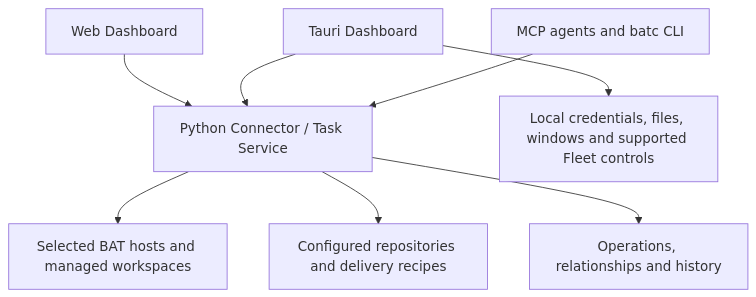
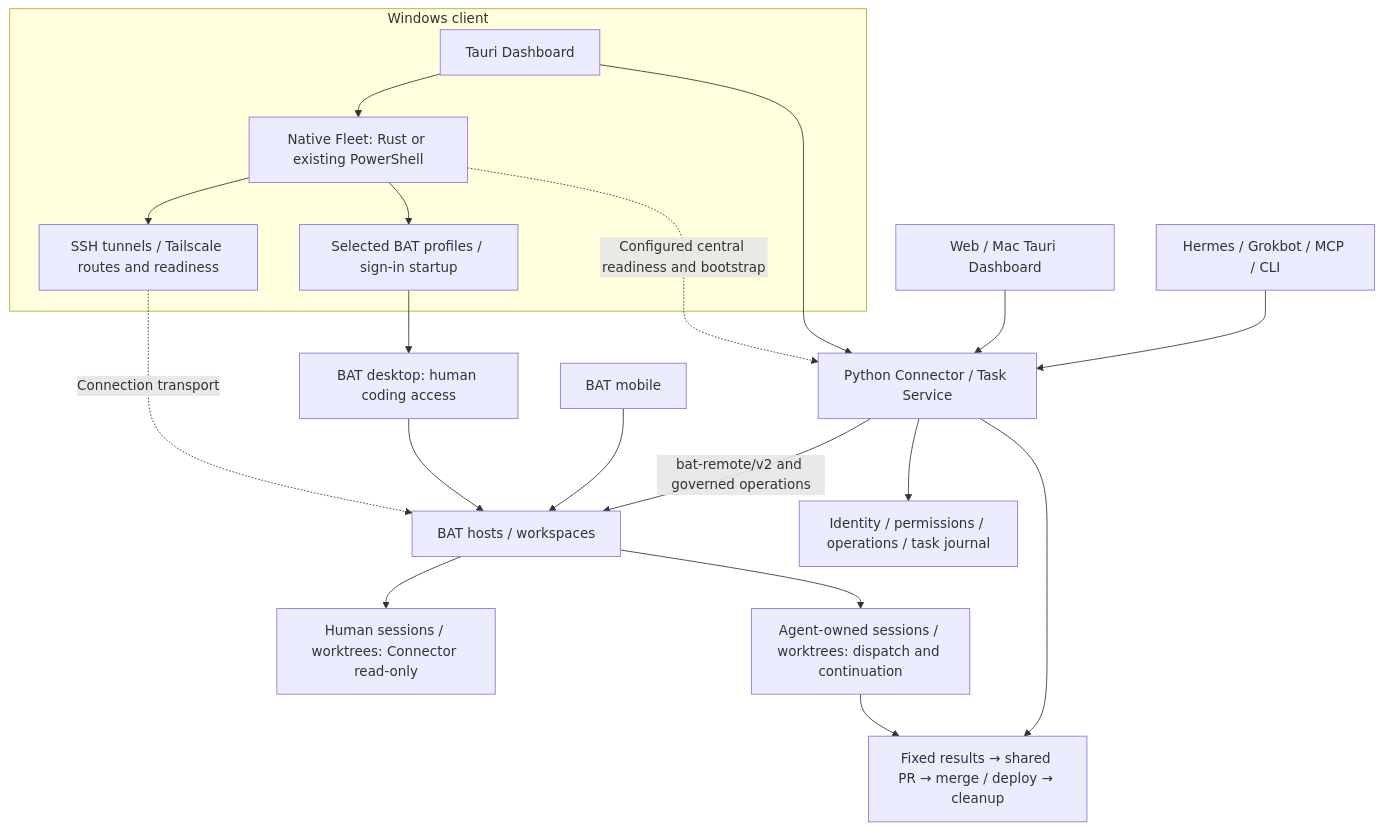
The diagram in README.md (teddashh/bat-agent-connector), drawn with Mermaid before and after one commit. The commit also changed other lines of this file and 11 other files, not shown here.

First line of the commit message:
Restore Windows Fleet and BAT architecture in README and website (#78)

````diff
--- a/README.md
+++ b/README.md
@@ -50,10 +51,22 @@
 ```mermaid
 flowchart TB
-    Web[Web Dashboard] --> Central[Python Connector / Task Service]
-    Desktop[Tauri Dashboard] --> Central
-    Agents[MCP agents and batc CLI] --> Central
-    Desktop --> Native[Local credentials, files, windows and supported Fleet controls]
-    Central --> BAT[Selected BAT hosts and managed workspaces]
-    Central --> GitHub[Configured repositories and delivery recipes]
-    Central --> Journal[Operations, relationships and history]
+    subgraph Windows[Windows client]
+        Desktop[Tauri Dashboard] --> Fleet[Native Fleet: Rust or existing PowerShell]
+        Fleet --> Routes[SSH tunnels / Tailscale routes and readiness]
+        Fleet --> Profiles[Selected BAT profiles / sign-in startup]
+    end
+    Web[Web / Mac Tauri Dashboard] --> Central[Python Connector / Task Service]
+    Desktop --> Central
+    Agents[Hermes / Grokbot / MCP / CLI] --> Central
+    Fleet -. Configured central readiness and bootstrap .-> Central
+    Routes -. Connection transport .-> BAT[BAT hosts / workspaces]
+    Profiles --> Human[BAT desktop: human coding access]
+    Mobile[BAT mobile] --> BAT
+    Human --> BAT
+    Central -->|bat-remote/v2 and governed operations| BAT
+    Central --> Journal[Identity / permissions / operations / task journal]
+    BAT --> Manual[Human sessions / worktrees: Connector read-only]
+    BAT --> Managed[Agent-owned sessions / worktrees: dispatch and continuation]
+    Managed --> Delivery[Fixed results → shared PR → merge / deploy → cleanup]
+    Central --> Delivery
 ```
````
